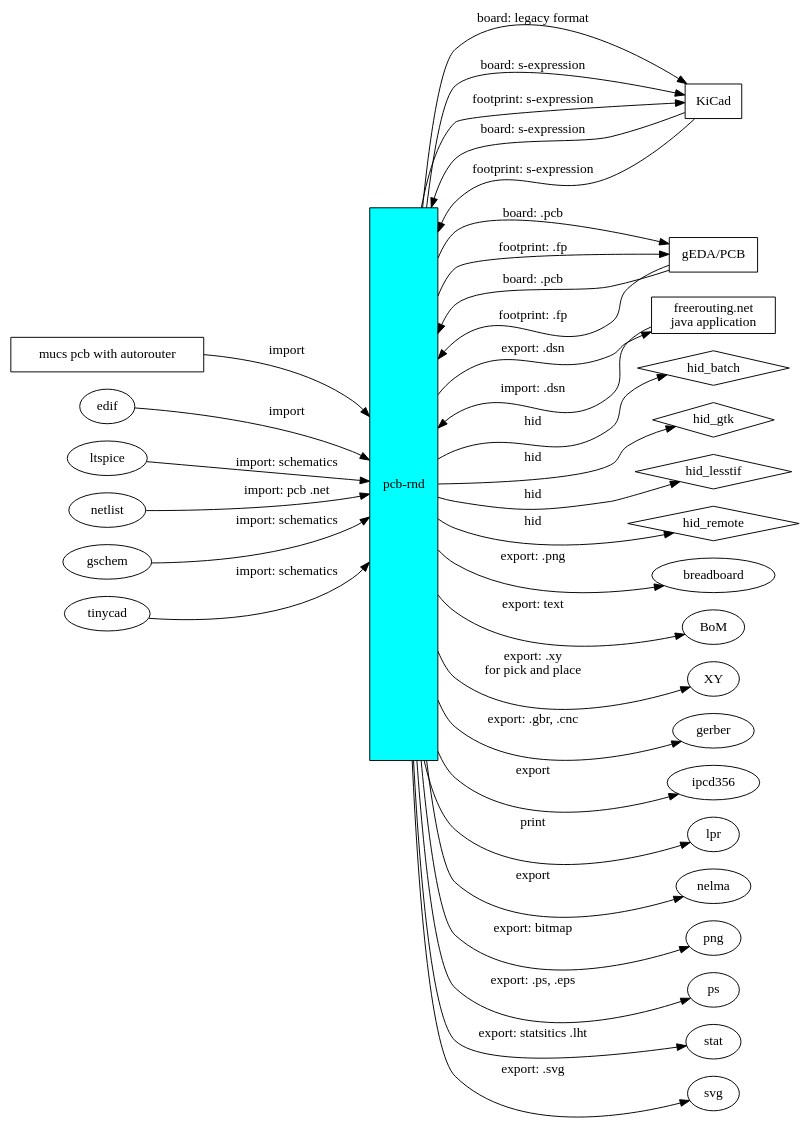
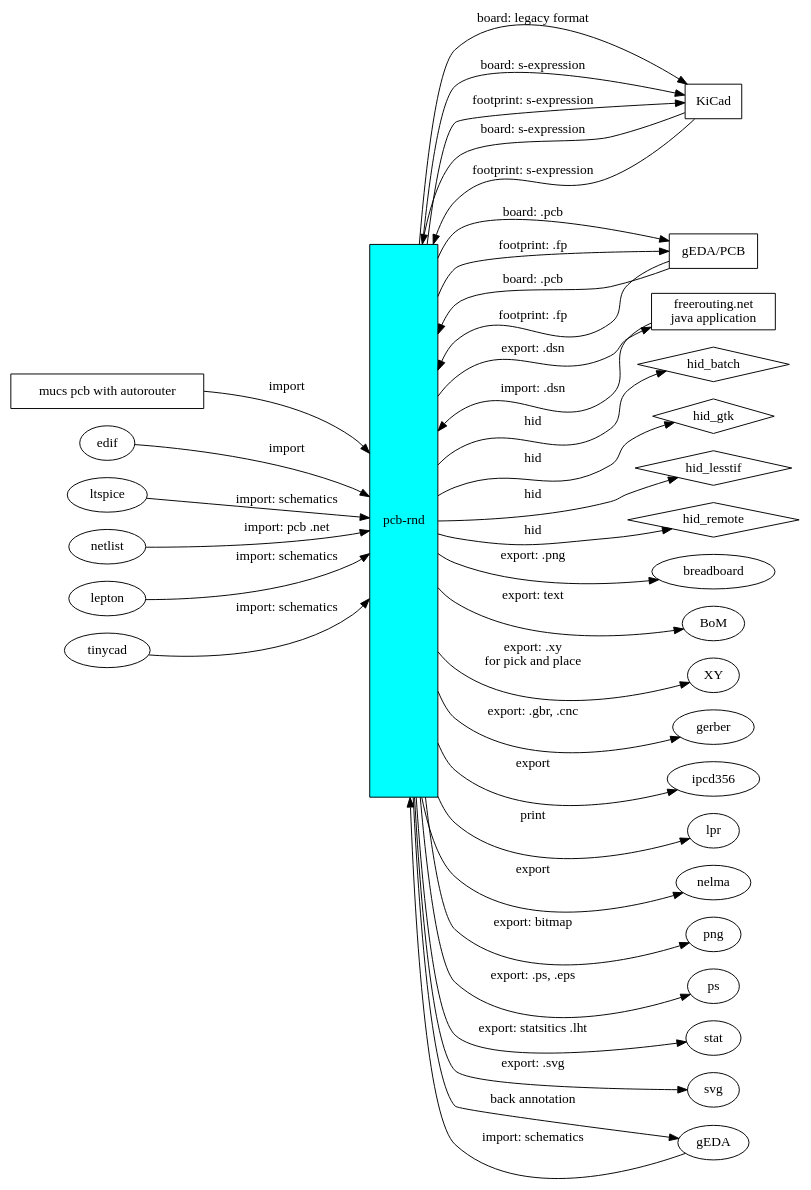
Before and after one commit to NoSuchProcess/pcb-rnd: the diagram in doc/developer/bridges/bridges.dot, drawn with Graphviz.

Commit message:
[doc] -Update: bridges drawing with lepton: input-only

```diff
--- a/doc/developer/bridges/bridges.dot
+++ b/doc/developer/bridges/bridges.dot
@@ -1,52 +1,54 @@
 digraph gr {
 	rankdir=LR
 	
 	pcbrnd [label="pcb-rnd" style=filled fillcolor=cyan shape=box height=8]
 	kicad [label="KiCad" shape=box]
 	pcb [label="gEDA/PCB" shape=box]
 	freerouting [label="freerouting.net\njava application" shape=box]
 	mucs [label="mucs pcb with autorouter" shape=box]
 
 	batch   [label="hid_batch" shape=diamond]
 	gtk     [label="hid_gtk" shape=diamond]
 	lesstif [label="hid_lesstif" shape=diamond]
 	remote  [label="hid_remote" shape=diamond]
 
 	pcbrnd -> kicad [label="board: legacy format"]
 	pcbrnd -> kicad [label="board: s-expression"]
 	kicad -> pcbrnd [label="board: s-expression"]
 	pcbrnd -> kicad [label="footprint: s-expression"]
 	kicad -> pcbrnd [label="footprint: s-expression"]
 
 	pcbrnd -> pcb [label="board: .pcb"]
 	pcbrnd -> pcb [label="footprint: .fp"]
 	pcb -> pcbrnd [label="board: .pcb"]
 	pcb -> pcbrnd [label="footprint: .fp"]
 
 	pcbrnd -> freerouting [label="export: .dsn"]
 	freerouting -> pcbrnd [label="import: .dsn"]
 	mucs -> pcbrnd [label="import"]
 
 	pcbrnd -> breadboard [label="export: .png"]
 	pcbrnd -> BoM [label="export: text"]
 	pcbrnd -> XY [label="export: .xy\nfor pick and place"]
 	pcbrnd -> gerber [label="export: .gbr, .cnc"]
 	pcbrnd -> ipcd356 [label="export"]
 	pcbrnd -> lpr [label="print"]
 	pcbrnd -> nelma [label="export"]
 	pcbrnd -> png [label="export: bitmap"]
 	pcbrnd -> ps [label="export: .ps, .eps"]
 	pcbrnd -> stat [label="export: statsitics .lht"]
 	pcbrnd -> svg [label="export: .svg"]
 
 	edif -> pcbrnd [label="import"]
 	ltspice -> pcbrnd [label="import: schematics"]
 	netlist -> pcbrnd [label="import: pcb .net"]
-	gschem -> pcbrnd [label="import: schematics"]
+	lepton -> pcbrnd [label="import: schematics"]
+	gEDA -> pcbrnd [label="import: schematics"]
+	pcbrnd -> gEDA [label="back annotation"]
 	tinycad -> pcbrnd [label="import: schematics"]
 
 	pcbrnd -> batch [label="hid"]
 	pcbrnd -> gtk [label="hid"]
 	pcbrnd -> lesstif [label="hid"]
 	pcbrnd -> remote [label="hid"]
 }
```
